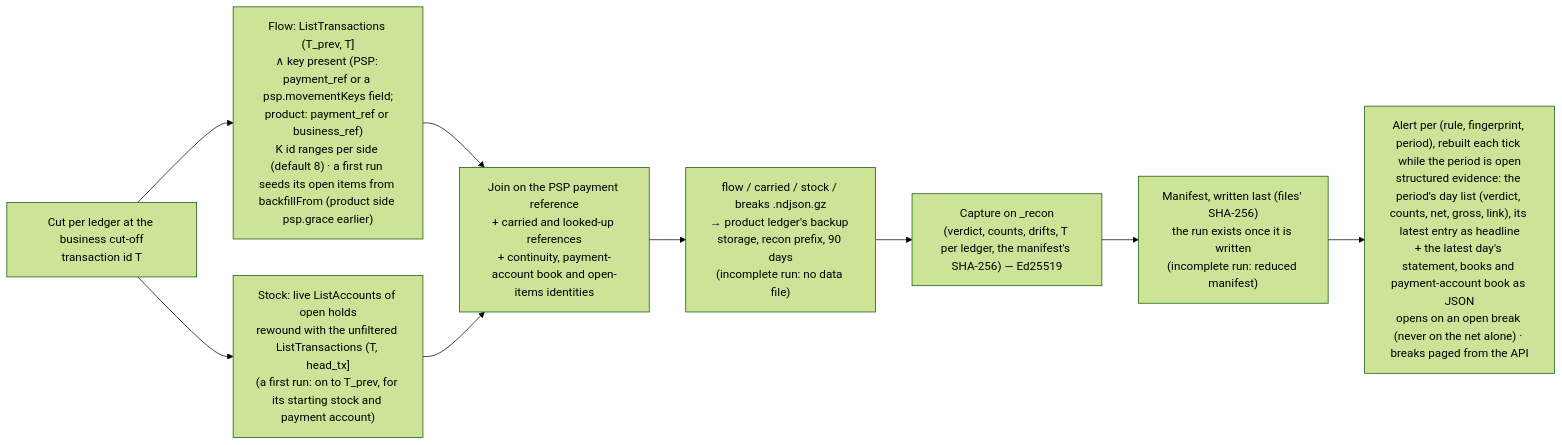
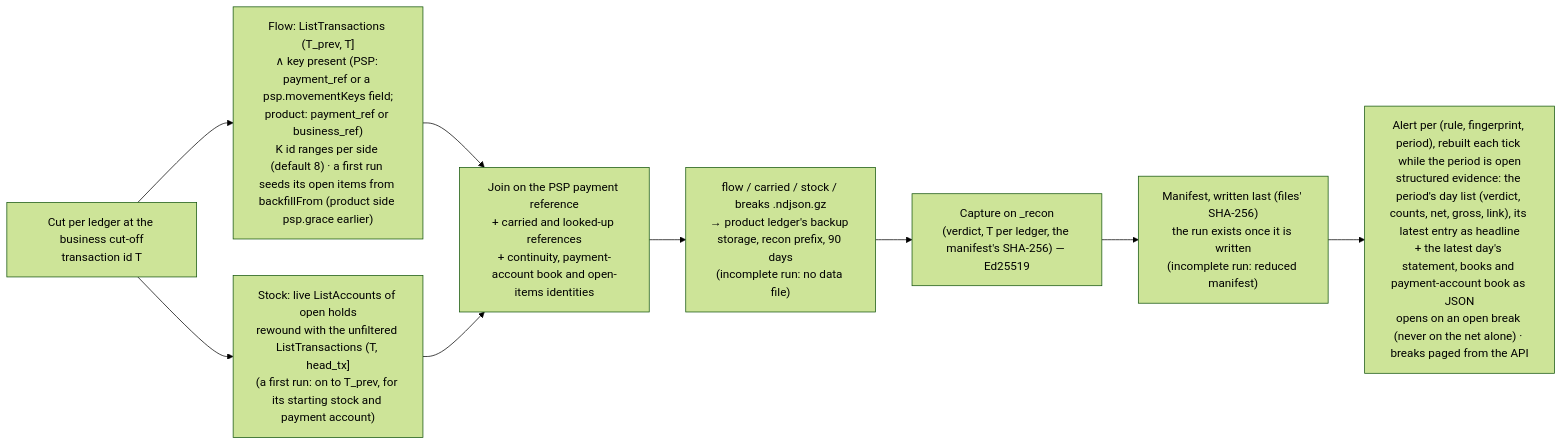
Before and after one commit to formancehq/reconciliation: the ninth of 9 diagrams in docs/technical/workflows.md, drawn with Mermaid (forest theme). The commit also changed 20 other files, not shown here.

````diff
--- a/docs/technical/workflows.md
+++ b/docs/technical/workflows.md
@@ -326,11 +326,11 @@
 ```mermaid
 flowchart LR
     Cut["Cut per ledger at the business cut-off<br/>transaction id T"] --> Flow["Flow: ListTransactions (T_prev, T]<br/>∧ key present (PSP: payment_ref or a psp.movementKeys field;<br/>product: payment_ref or business_ref)<br/>K id ranges per side (default 8) · a first run seeds its open items from backfillFrom (product side psp.grace earlier)"]
     Cut --> Stock["Stock: live ListAccounts of open holds<br/>rewound with the unfiltered ListTransactions (T, head_tx]<br/>(a first run: on to T_prev, for its starting stock and payment account)"]
     Flow --> Join["Join on the PSP payment reference<br/>+ carried and looked-up references<br/>+ continuity, payment-account book and open-items identities"]
     Stock --> Join
     Join --> Art["flow / carried / stock / breaks .ndjson.gz<br/>→ product ledger's backup storage, recon prefix, 90 days<br/>(incomplete run: no data file)"]
-    Art --> Cap["Capture on _recon<br/>(verdict, counts, drifts, T per ledger, the manifest's SHA-256) — Ed25519"]
+    Art --> Cap["Capture on _recon<br/>(verdict, T per ledger, the manifest's SHA-256) — Ed25519"]
     Cap --> Man["Manifest, written last (files' SHA-256)<br/>the run exists once it is written<br/>(incomplete run: reduced manifest)"]
     Man --> Alert["Alert per (rule, fingerprint, period), rebuilt each tick while the period is open<br/>structured evidence: the period's day list (verdict, counts, net, gross, link), its latest entry as headline<br/>+ the latest day's statement, books and payment-account book as JSON<br/>opens on an open break (never on the net alone) · breaks paged from the API"]
 ```
````
